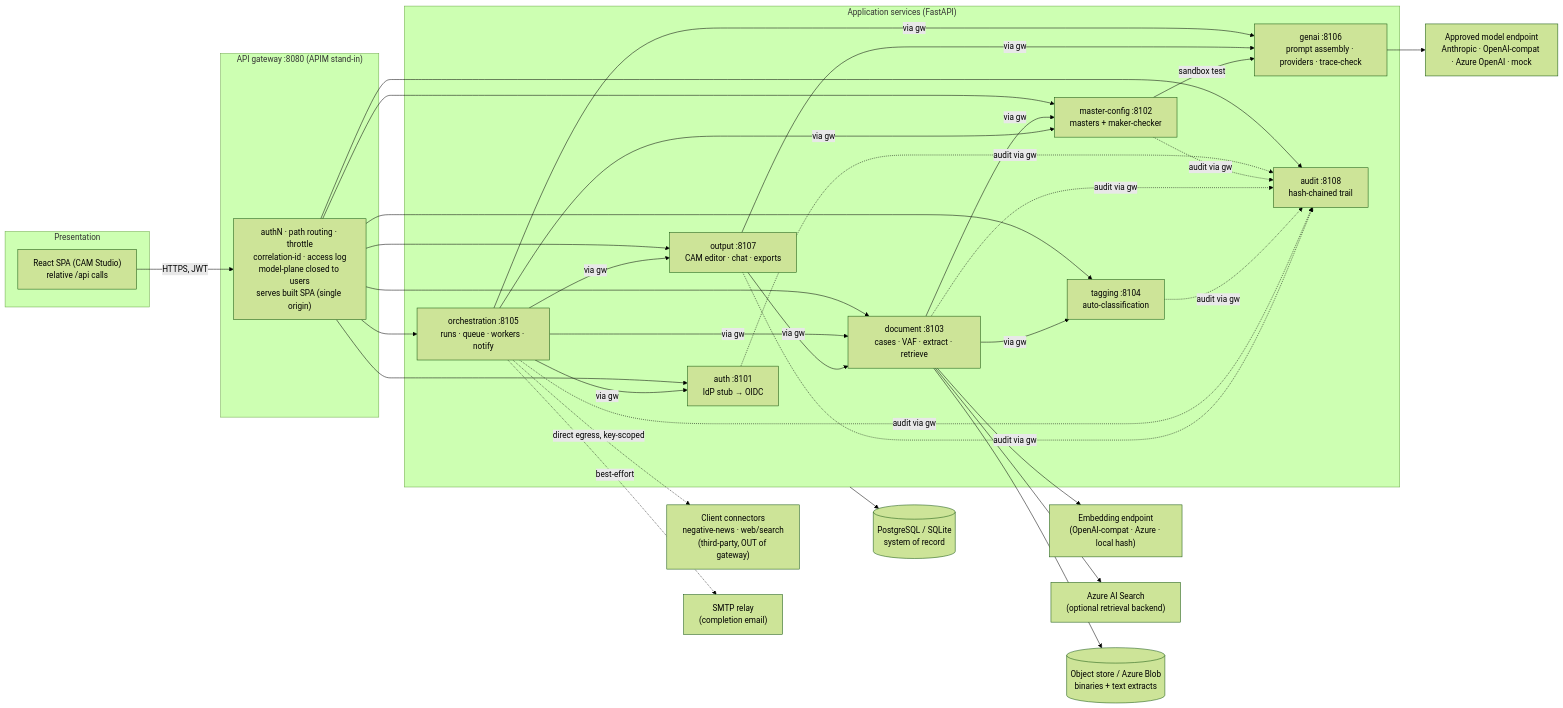
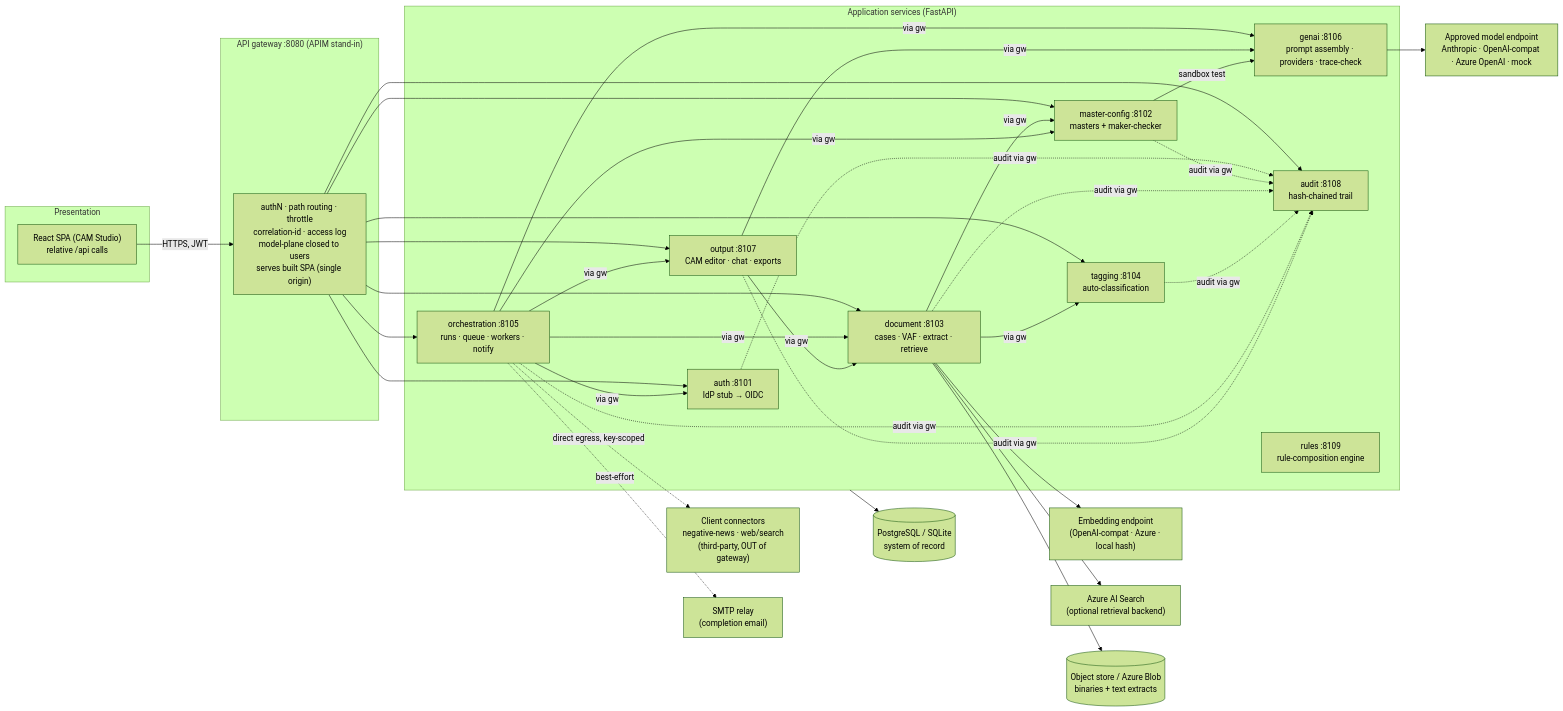
The first of 4 diagrams in cam-platform/docs/architecture.md (sidgamingshah-arch/Bank-review-summary), drawn with Mermaid (forest theme) before and after one commit. The commit also changed other lines of this file and 22 other files, not shown here.

````diff
--- a/cam-platform/docs/architecture.md
+++ b/cam-platform/docs/architecture.md
@@ -46,40 +46,41 @@
 ```mermaid
 flowchart LR
     subgraph POP["Presentation"]
         FE["React SPA (CAM Studio)<br/>relative /api calls"]
     end
     subgraph EDGE["API gateway :8080 (APIM stand-in)"]
         GW["authN · path routing · throttle<br/>correlation-id · access log<br/>model-plane closed to users<br/>serves built SPA (single origin)"]
     end
     subgraph POD["Application services (FastAPI)"]
         AUTH["auth :8101<br/>IdP stub → OIDC"]
         MC["master-config :8102<br/>masters + maker-checker"]
         DOC["document :8103<br/>cases · VAF · extract · retrieve"]
         TAG["tagging :8104<br/>auto-classification"]
         ORCH["orchestration :8105<br/>runs · queue · workers · notify"]
         GENAI["genai :8106<br/>prompt assembly · providers · trace-check"]
         OUT["output :8107<br/>CAM editor · chat · exports"]
         AUD["audit :8108<br/>hash-chained trail"]
+        RUL["rules :8109<br/>rule-composition engine"]
     end
     LLM["Approved model endpoint<br/>Anthropic · OpenAI-compat · Azure OpenAI · mock"]
     EMB["Embedding endpoint<br/>(OpenAI-compat · Azure · local hash)"]
     SEARCH["Azure AI Search<br/>(optional retrieval backend)"]
     CONN["Client connectors<br/>negative-news · web/search<br/>(third-party, OUT of gateway)"]
     SMTP["SMTP relay<br/>(completion email)"]
     PG[("PostgreSQL / SQLite<br/>system of record")]
     BLOB[("Object store / Azure Blob<br/>binaries + text extracts")]
 
     FE -->|HTTPS, JWT| GW
     GW --> AUTH & MC & DOC & TAG & ORCH & OUT & AUD
     DOC -->|via gw| TAG & MC
     ORCH -->|via gw| MC & DOC & GENAI & OUT & AUTH
     OUT -->|via gw| GENAI & DOC
     MC -->|sandbox test| GENAI
     GENAI --> LLM
     DOC --> EMB & SEARCH
     ORCH -. "direct egress, key-scoped" .-> CONN
     ORCH -. "best-effort" .-> SMTP
     POD --> PG
     DOC --> BLOB
     AUTH & MC & DOC & TAG & ORCH & OUT -. audit via gw .-> AUD
 ```
````
